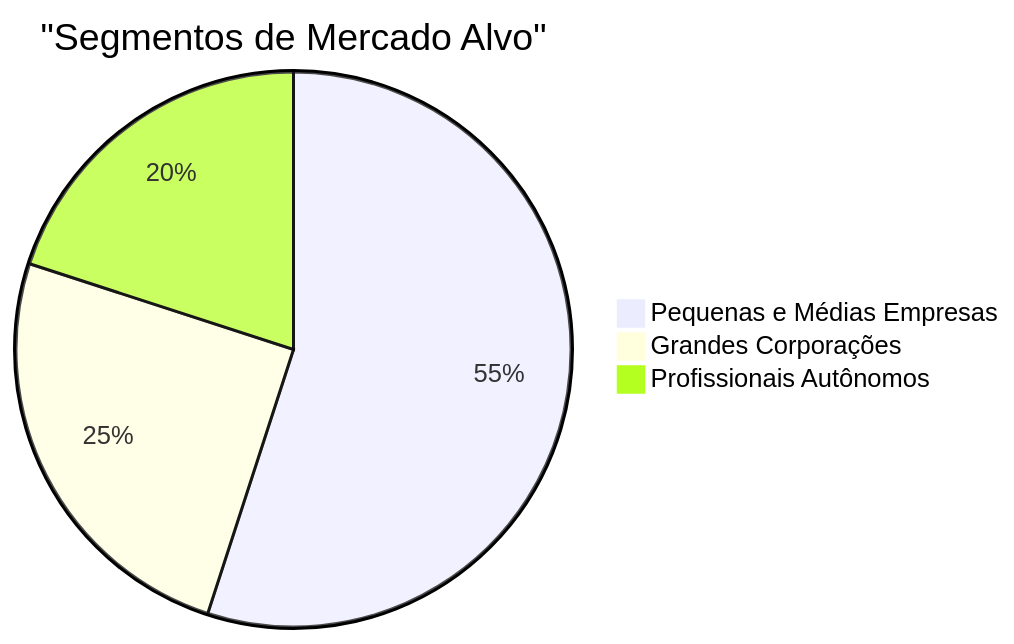
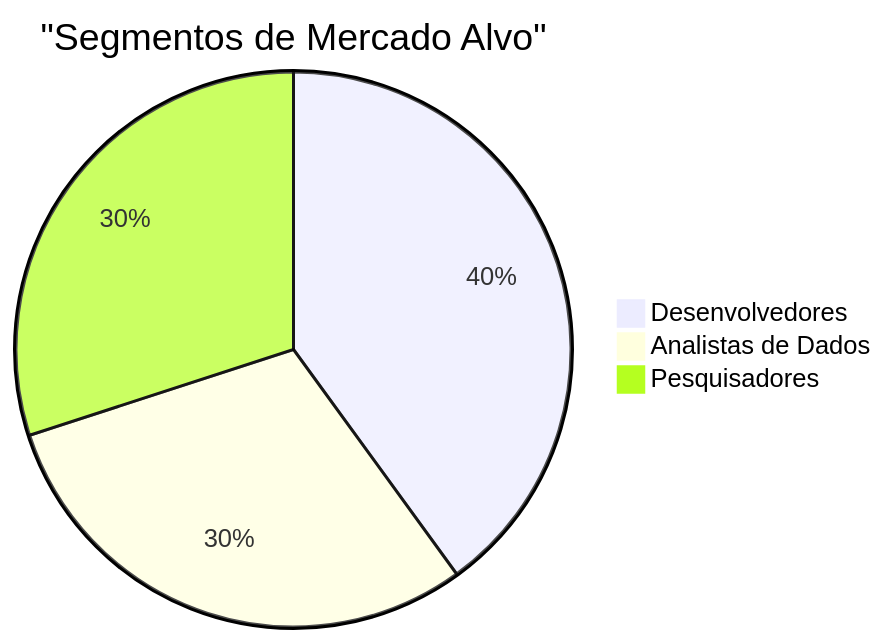
The fifth of 7 diagrams in docs/apresentacao/agente_ia_generativo-press.md (nextlw/cmex_poc), drawn with Mermaid before and after one commit. The commit also changed other lines of this file and 7 other files, not shown here.

````diff
--- a/docs/apresentacao/agente_ia_generativo-press.md
+++ b/docs/apresentacao/agente_ia_generativo-press.md
@@ -140,7 +108,7 @@
 ```mermaid
 pie
     title "Segmentos de Mercado Alvo"
-    "Pequenas e Médias Empresas" : 55
-    "Grandes Corporações" : 25
-    "Profissionais Autônomos" : 20
+    "Desenvolvedores" : 40
+    "Analistas de Dados" : 30
+    "Pesquisadores" : 30
 ```
````
